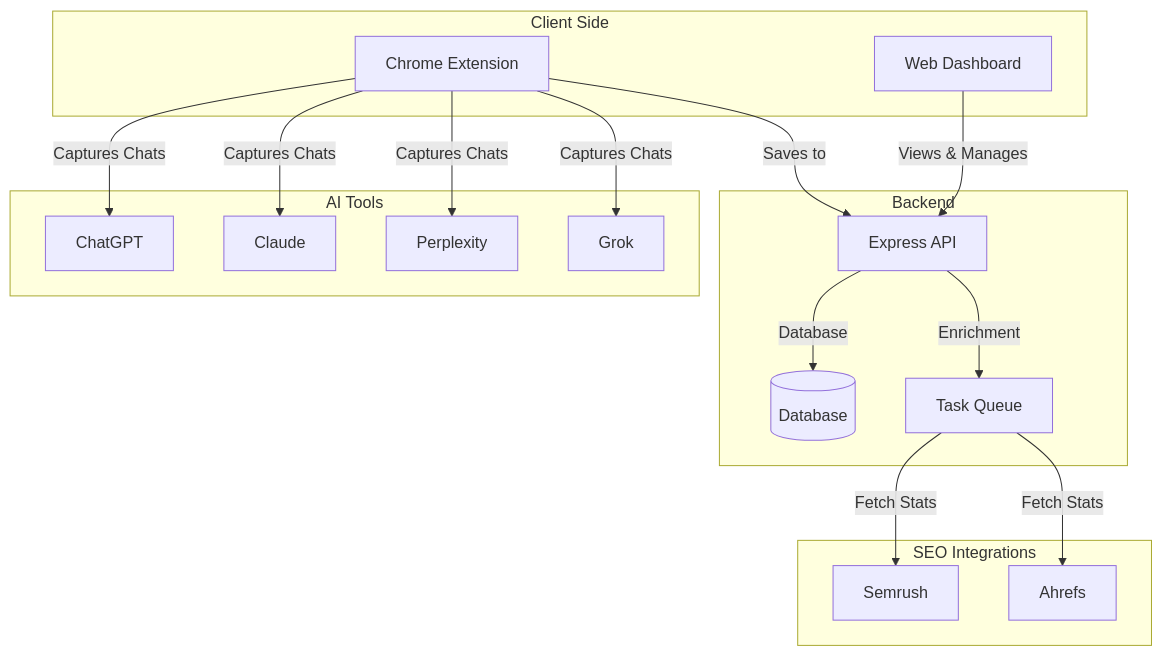
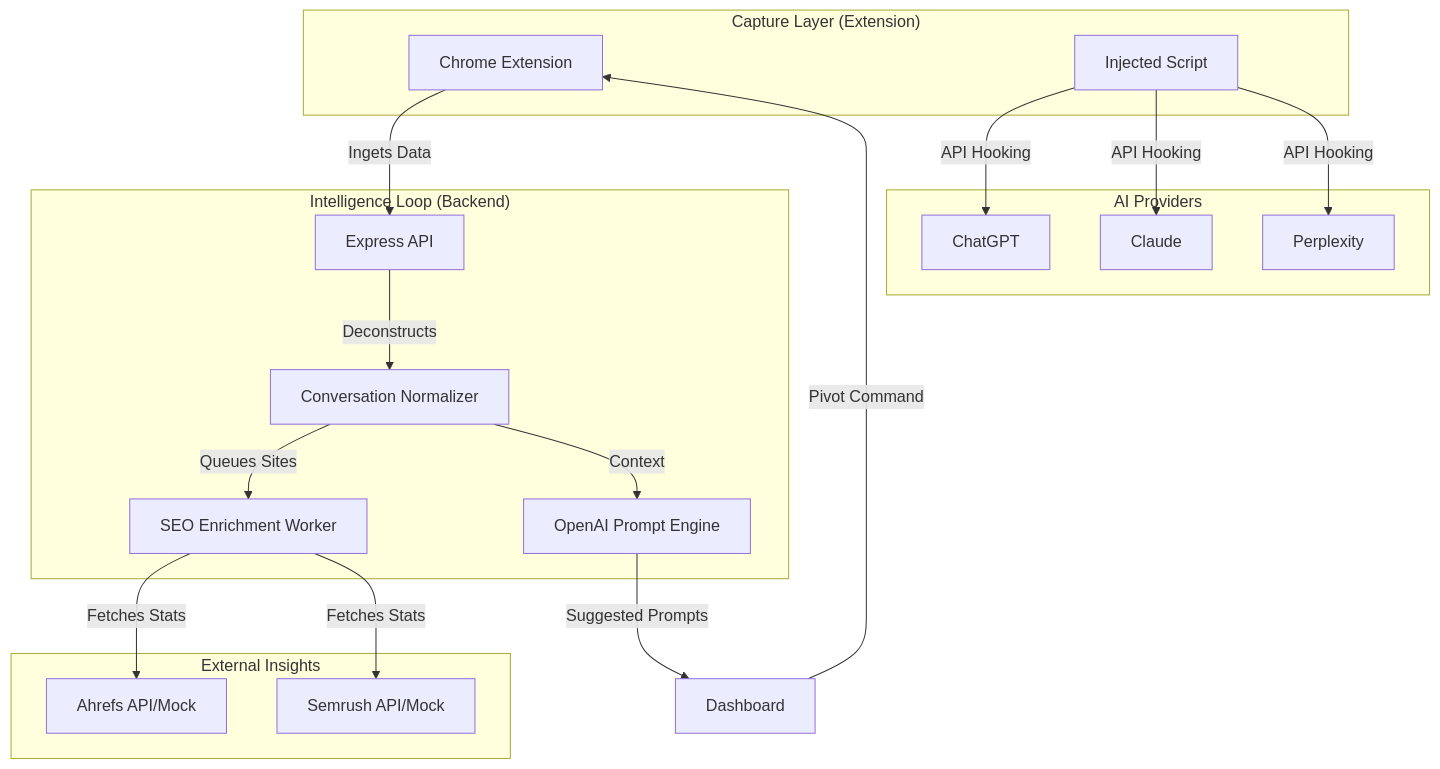
One commit to Sibtain28/IntentFlow changed the diagram in README.md. Above: the diagram before and after it, drawn with Mermaid. The commit also changed other lines of this file and 18 other files, not shown here.

Commit message:
Fix authentication flow and onboarding session refresh

````diff
--- a/README.md
+++ b/README.md
@@ -9,32 +15,34 @@
 ```mermaid
 graph TD
-    subgraph "Client Side"
+    subgraph "Capture Layer (Extension)"
         Ext[Chrome Extension]
-        Web[Web Dashboard]
+        Inject[Injected Script]
     end
 
-    subgraph "AI Tools"
+    subgraph "AI Providers"
         GPT[ChatGPT]
-        Cld[Claude]
-        Prp[Perplexity]
-        Grk[Grok]
+        CLD[Claude]
+        PRP[Perplexity]
     end
 
-    subgraph "Backend"
+    subgraph "Intelligence Loop (Backend)"
         API[Express API]
-        Q[Task Queue]
-        DB[(Database)]
+        NORM[Conversation Normalizer]
+        SEO[SEO Enrichment Worker]
+        GEN[OpenAI Prompt Engine]
     end
 
-    subgraph "SEO Integrations"
-        SM[Semrush]
-        AH[Ahrefs]
+    subgraph "External Insights"
+        AHR[Ahrefs API/Mock]
+        SEM[Semrush API/Mock]
     end
 
-    Ext -- Captures Chats --> GPT & Cld & Prp & Grk
-    Ext -- Saves to --> API
-    Web -- Views & Manages --> API
-    API -- Database --> DB
-    API -- Enrichment --> Q
-    Q -- Fetch Stats --> SM & AH
+    Inject -- API Hooking --> GPT & CLD & PRP
+    Ext -- Ingets Data --> API
+    API -- Deconstructs --> NORM
+    NORM -- Queues Sites --> SEO
+    SEO -- Fetches Stats --> AHR & SEM
+    NORM -- Context --> GEN
+    GEN -- Suggested Prompts --> Web[Dashboard]
+    Web -- Pivot Command --> Ext
 ```
````
